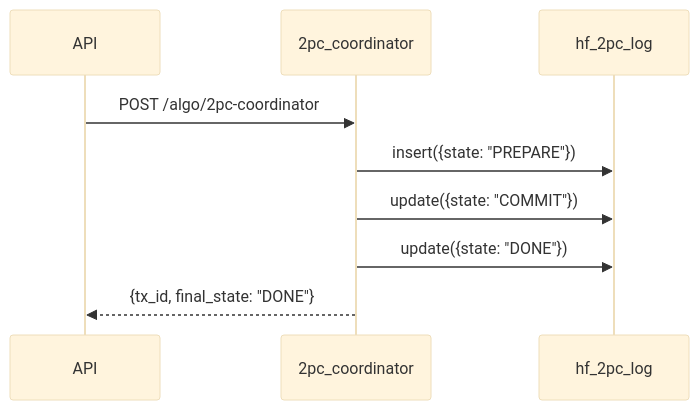
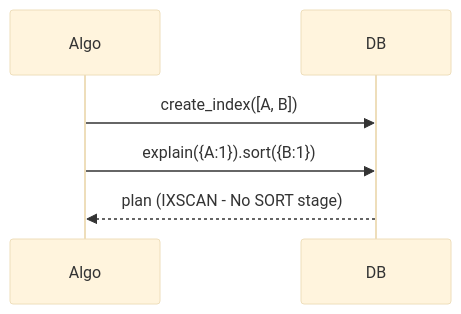
Before and after one commit to Chief-Strategist-J/llm-observability-platform: the third of 6 diagrams in infrastructure/database/mongodb/API_DOCUMENTATION.md, drawn with Mermaid (base theme). The commit also changed other lines of this file and 1 other file, not shown here.

````diff
--- a/infrastructure/database/mongodb/API_DOCUMENTATION.md
+++ b/infrastructure/database/mongodb/API_DOCUMENTATION.md
@@ -73,12 +89,6 @@
 ```mermaid
 sequenceDiagram
-    participant API
-    participant Algo as 2pc_coordinator
-    participant DB as hf_2pc_log
-    
-    API->>Algo: POST /algo/2pc-coordinator
-    Algo->>DB: insert({state: "PREPARE"})
-    Algo->>DB: update({state: "COMMIT"})
-    Algo->>DB: update({state: "DONE"})
-    Algo-->>API: {tx_id, final_state: "DONE"}
+    Algo->>DB: create_index([A, B])
+    Algo->>DB: explain({A:1}).sort({B:1})
+    DB-->>Algo: plan (IXSCAN - No SORT stage)
 ```
````
